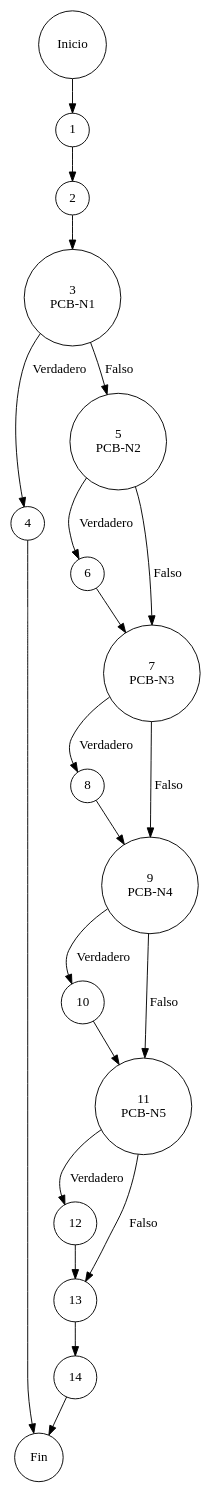
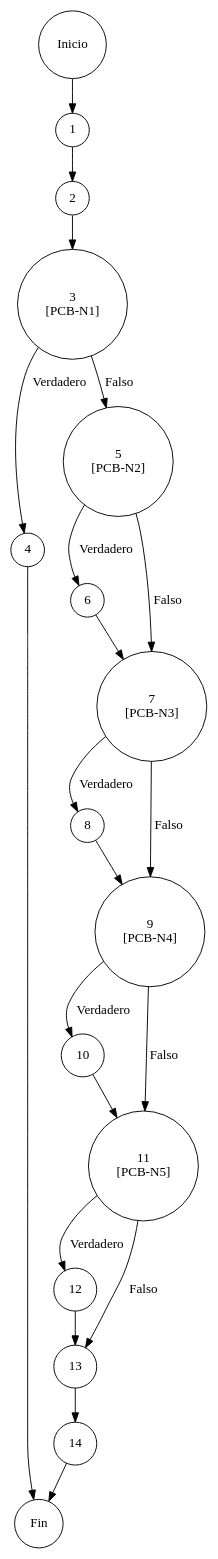
The diagram in pcb_analisis/PCB-014_Reporte.md (gitGabrielCruz/ERP_WALOOK_PCB), drawn with PlantUML before and after one commit. The commit also changed other lines of this file and 20 other files, not shown here.

````diff
--- a/pcb_analisis/PCB-014_Reporte.md
+++ b/pcb_analisis/PCB-014_Reporte.md
@@ -152,57 +95,53 @@
 ```plantuml
 @startuml
 digraph CFG_PCB014 {
 
 rankdir=TB
 node [shape=circle]
 
 I [label="Inicio"]
-
 N1 [label="1"]
 N2 [label="2"]
-N3 [label="3\nPCB-N1"]
+N3 [label="3\n[PCB-N1]"]
 N4 [label="4"]
-N5 [label="5\nPCB-N2"]
+N5 [label="5\n[PCB-N2]"]
 N6 [label="6"]
-N7 [label="7\nPCB-N3"]
+N7 [label="7\n[PCB-N3]"]
 N8 [label="8"]
-N9 [label="9\nPCB-N4"]
+N9 [label="9\n[PCB-N4]"]
 N10 [label="10"]
-N11 [label="11\nPCB-N5"]
+N11 [label="11\n[PCB-N5]"]
 N12 [label="12"]
 N13 [label="13"]
 N14 [label="14"]
-
 F [label="Fin"]
 
 I -> N1
 N1 -> N2
 N2 -> N3
-
 N3 -> N4 [label="Verdadero"]
 N3 -> N5 [label="Falso"]
 
 N5 -> N6 [label="Verdadero"]
 N5 -> N7 [label="Falso"]
+N6 -> N7
 
-N6 -> N7
 N7 -> N8 [label="Verdadero"]
 N7 -> N9 [label="Falso"]
+N8 -> N9
 
-N8 -> N9
 N9 -> N10 [label="Verdadero"]
 N9 -> N11 [label="Falso"]
+N10 -> N11
 
-N10 -> N11
 N11 -> N12 [label="Verdadero"]
 N11 -> N13 [label="Falso"]
+N12 -> N13
 
-N12 -> N13
 N13 -> N14
-
+N14 -> F
 N4 -> F
-N14 -> F
 
 }
 @enduml
 ```
````
